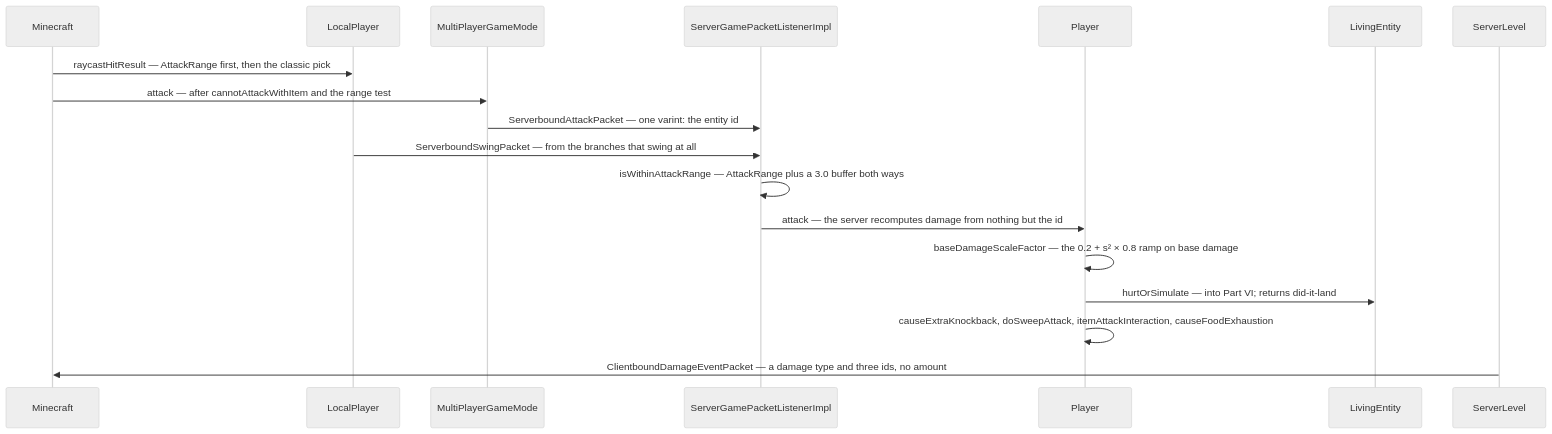
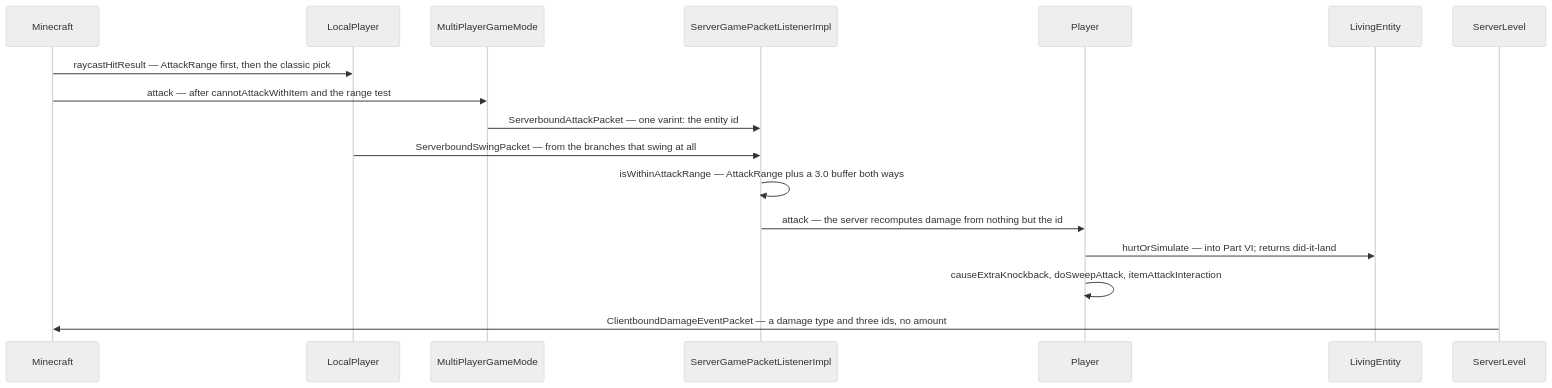
Before and after one commit to AlexanderjFraser/MinecraftDocs: the first of 2 diagrams in src/systems/player/the-sword-swing.md, drawn with Mermaid (neutral theme). The commit also changed other lines of this file and 17 other files, not shown here.

````diff
--- a/src/systems/player/the-sword-swing.md
+++ b/src/systems/player/the-sword-swing.md
@@ -81,21 +101,20 @@
 ```mermaid
 sequenceDiagram
     participant MC as Minecraft
     participant LP as LocalPlayer
-    participant MG as MultiPlayerGameMode
-    participant CL as ServerGamePacketListenerImpl
-    participant PL as Player
+    participant MPGM as MultiPlayerGameMode
+    participant SGPL as ServerGamePacketListenerImpl
+    participant Player as Player
     participant LE as LivingEntity
     participant SL as ServerLevel
 
     MC->>LP: raycastHitResult — AttackRange first, then the classic pick
-    MC->>MG: attack — after cannotAttackWithItem and the range test
-    MG->>CL: ServerboundAttackPacket — one varint: the entity id
-    LP->>CL: ServerboundSwingPacket — from the branches that swing at all
-    CL->>CL: isWithinAttackRange — AttackRange plus a 3.0 buffer both ways
-    CL->>PL: attack — the server recomputes damage from nothing but the id
-    PL->>PL: baseDamageScaleFactor — the 0.2 + s² × 0.8 ramp on base damage
-    PL->>LE: hurtOrSimulate — into Part VI#59; returns did-it-land
-    PL->>PL: causeExtraKnockback, doSweepAttack, itemAttackInteraction, causeFoodExhaustion
+    MC->>MPGM: attack — after cannotAttackWithItem and the range test
+    MPGM->>SGPL: ServerboundAttackPacket — one varint: the entity id
+    LP->>SGPL: ServerboundSwingPacket — from the branches that swing at all
+    SGPL->>SGPL: isWithinAttackRange — AttackRange plus a 3.0 buffer both ways
+    SGPL->>Player: attack — the server recomputes damage from nothing but the id
+    Player->>LE: hurtOrSimulate — into Part VI#59; returns did-it-land
+    Player->>Player: causeExtraKnockback, doSweepAttack, itemAttackInteraction
     SL->>MC: ClientboundDamageEventPacket — a damage type and three ids, no amount
 ```
````
